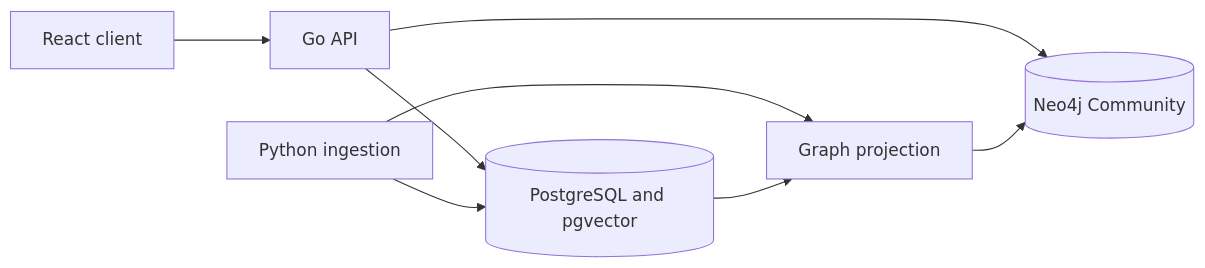
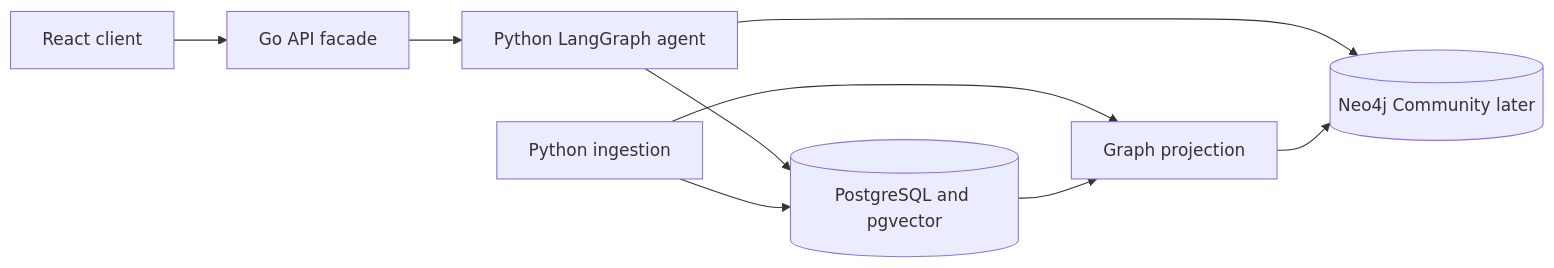
One commit to dharlanoliveira/norvii changed the diagram in docs/decisions/0005-postgresql-and-neo4j-persistence.md. Above: the diagram before and after it, drawn with Mermaid. The commit also changed other lines of this file and 96 other files, not shown here.

````diff
--- a/docs/decisions/0005-postgresql-and-neo4j-persistence.md
+++ b/docs/decisions/0005-postgresql-and-neo4j-persistence.md
@@ -50,10 +54,11 @@
 ```mermaid
 flowchart LR
-    W[React client] --> A[Go API]
-    A --> P[(PostgreSQL and pgvector)]
-    A --> N[(Neo4j Community)]
+    W[React client] --> A[Go API facade]
+    A --> G[Python LangGraph agent]
+    G --> P[(PostgreSQL and pgvector)]
+    G --> N[(Neo4j Community later)]
     I[Python ingestion] --> P
     I --> X[Graph projection]
     X --> N
     P --> X
 ```
````
